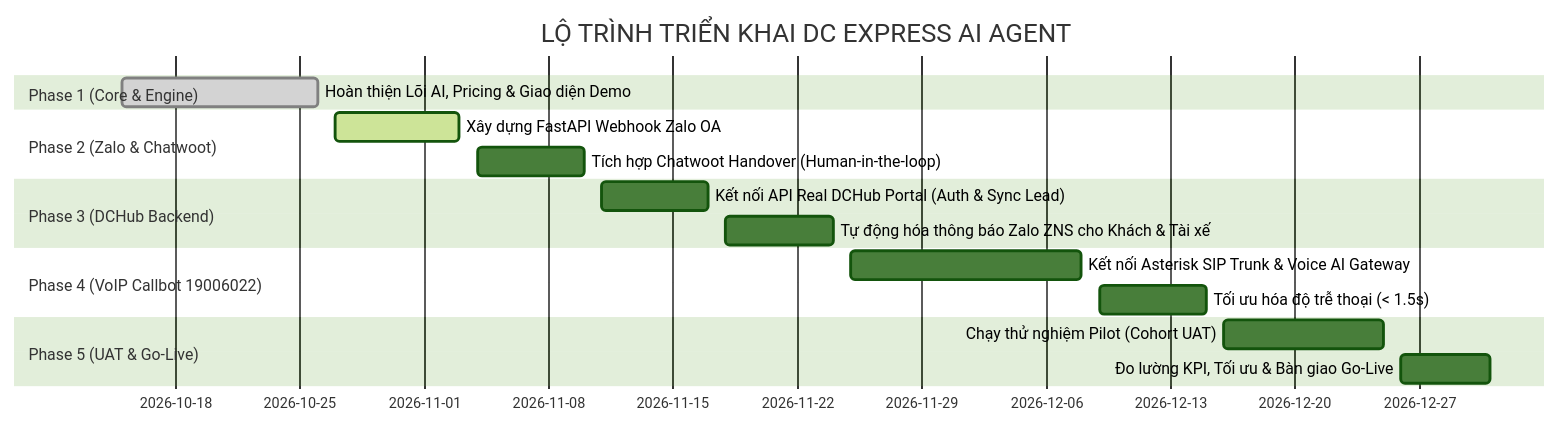
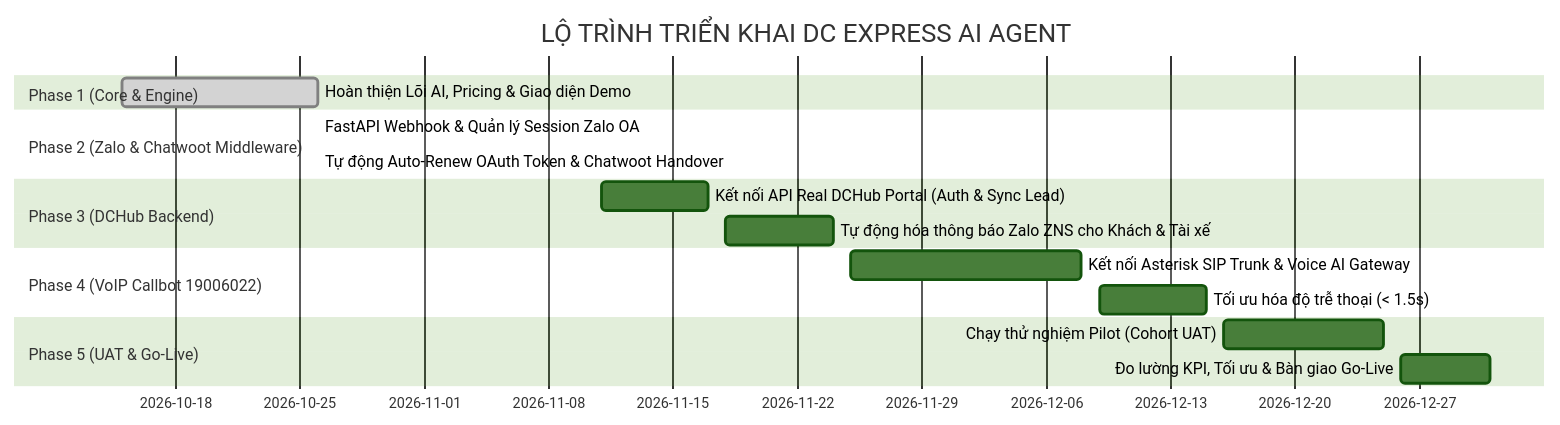
The diagram in ROADMAP.md (hoang-ama/dcexpress-ai-demo), drawn with Mermaid (forest theme) before and after one commit. The commit also changed other lines of this file and 12 other files, not shown here.

Commit message:
feat: hoàn thiện Giai đoạn 2 - Zalo OAuth Auto-Renew, Chatwoot Live Agent hai chiều, Dockerfile & Hướng dẫn tích hợp Zalo OA

````diff
--- a/ROADMAP.md
+++ b/ROADMAP.md
@@ -72,19 +72,19 @@
 ```mermaid
 gantt
     title LỘ TRÌNH TRIỂN KHAI DC EXPRESS AI AGENT
     dateFormat  YYYY-MM-DD
     section Phase 1 (Core & Engine)
     Hoàn thiện Lõi AI, Pricing & Giao diện Demo       :done, p1, 2026-10-15, 2026-10-26
-    section Phase 2 (Zalo & Chatwoot)
-    Xây dựng FastAPI Webhook Zalo OA                  :active, p2_1, 2026-10-27, 2026-11-03
-    Tích hợp Chatwoot Handover (Human-in-the-loop)   :p2_2, 2026-11-04, 2026-11-10
+    section Phase 2 (Zalo & Chatwoot Middleware)
+    FastAPI Webhook & Quản lý Session Zalo OA         :done, p2_1, 2026-10-26, 2026-10-26
+    Tự động Auto-Renew OAuth Token & Chatwoot Handover:done, p2_2, 2026-10-26, 2026-10-26
     section Phase 3 (DCHub Backend)
     Kết nối API Real DCHub Portal (Auth & Sync Lead)  :p3_1, 2026-11-11, 2026-11-17
     Tự động hóa thông báo Zalo ZNS cho Khách & Tài xế:p3_2, 2026-11-18, 2026-11-24
     section Phase 4 (VoIP Callbot 19006022)
     Kết nối Asterisk SIP Trunk & Voice AI Gateway    :p4_1, 2026-11-25, 2026-12-08
     Tối ưu hóa độ trễ thoại (< 1.5s)                 :p4_2, 2026-12-09, 2026-12-15
     section Phase 5 (UAT & Go-Live)
     Chạy thử nghiệm Pilot (Cohort UAT)               :p5_1, 2026-12-16, 2026-12-25
     Đo lường KPI, Tối ưu & Bàn giao Go-Live           :p5_2, 2026-12-26, 2026-12-31
 ```
````
